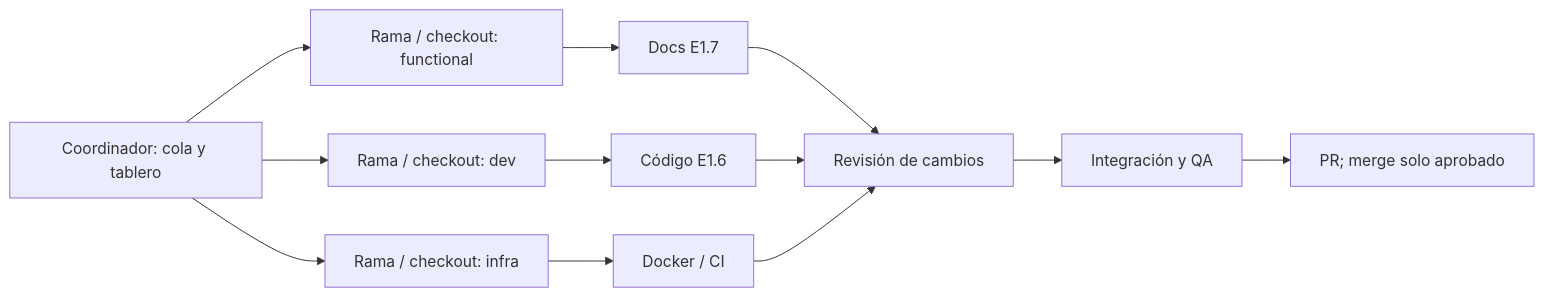
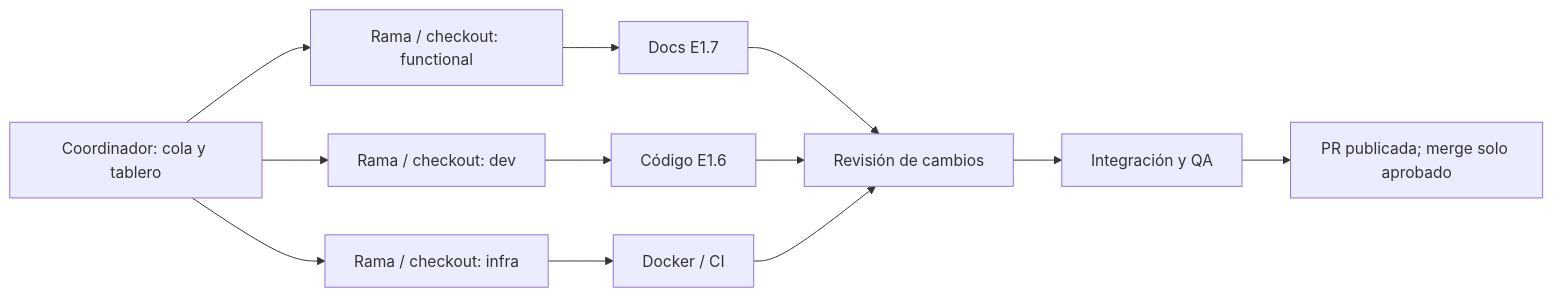
The sixth of 8 diagrams in docs/GUIA_VISUAL_ORQUESTACION.md (jmartinlabs/agent-project-template), drawn with Mermaid before and after one commit. The commit also changed other lines of this file and 20 other files, not shown here.

````diff
--- a/docs/GUIA_VISUAL_ORQUESTACION.md
+++ b/docs/GUIA_VISUAL_ORQUESTACION.md
@@ -109,14 +109,14 @@
 ```mermaid
 flowchart LR
     CO["Coordinador: cola y tablero"] --> BR1["Rama / checkout: functional"]
     CO --> BR2["Rama / checkout: dev"]
     CO --> BR3["Rama / checkout: infra"]
     BR1 --> D1["Docs E1.7"]
     BR2 --> D2["Código E1.6"]
     BR3 --> D3["Docker / CI"]
     D1 --> RV["Revisión de cambios"]
     D2 --> RV
     D3 --> RV
     RV --> TEST["Integración y QA"]
-    TEST --> P["PR; merge solo aprobado"]
+    TEST --> P["PR publicada; merge solo aprobado"]
 ```
````
